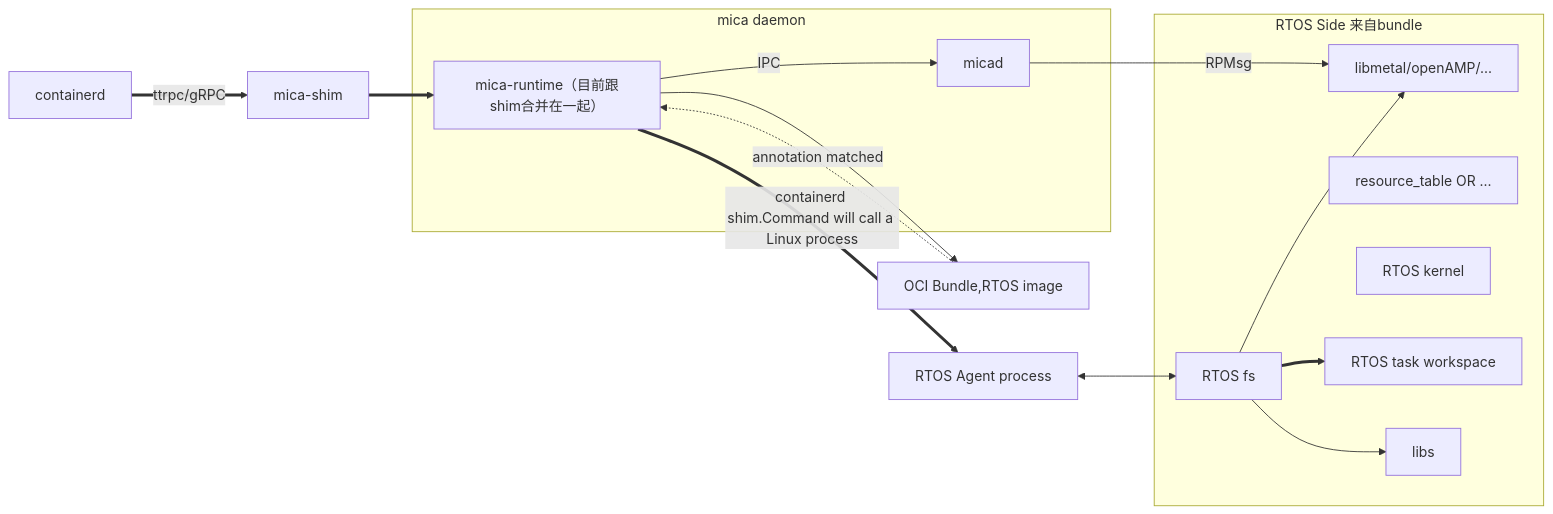
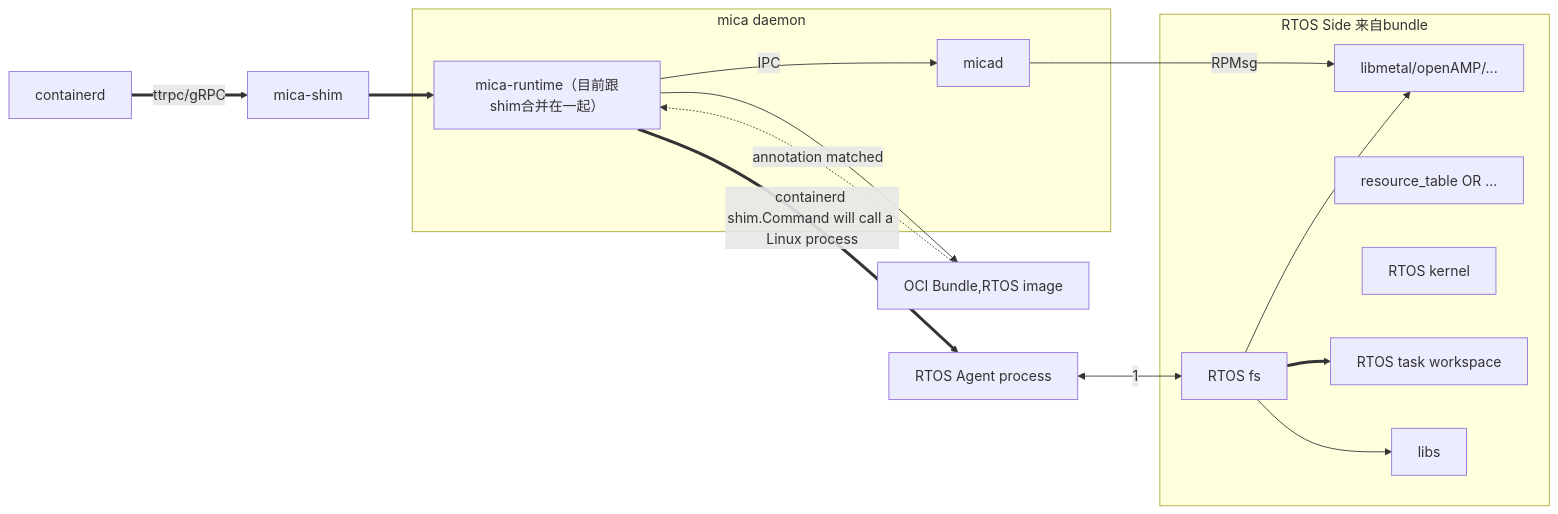
Before and after one commit to Egg12138/iodraw-files: the diagram in all/未命名.md, drawn with Mermaid.

Commit message:
2025-06-23 09:27:28 update

````diff
--- a/all/未命名.md
+++ b/all/未命名.md
@@ -1,25 +1,25 @@
 ```mermaid
 graph LR
     CD[containerd] ==>|ttrpc/gRPC| S
     S[mica-shim] ==> MR
     MR[mica-runtime（目前跟shim合并在一起）] -->|IPC| A[micad]
     MR -->C[OCI Bundle,RTOS image]
     MR ==>|containerd shim.Command will call a Linux process|AG[RTOS Agent process]
     A -->|RPMsg| B[RTOS Remote Core]
     C -.->|annotation matched| MR
-    AG <--> D
+    AG <--> |1|D
     subgraph RTOS Side 来自bundle
         RT[resource_table OR ...]
         K[RTOS kernel]
         B[libmetal/openAMP/...]
         D[RTOS fs] ==> E
         D --> L[libs]
         D --> B
         E[RTOS task workspace]
     end
 
     subgraph mica daemon
         A
         MR
     end
 ```
````
